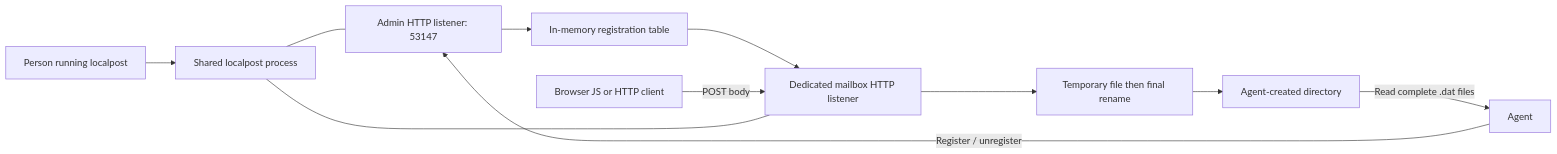
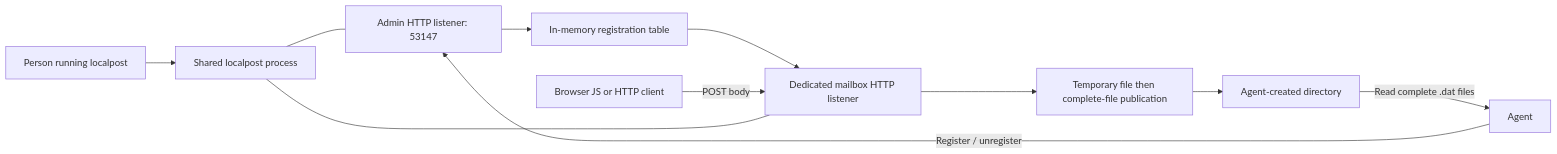
Before and after one commit to SixbucksSolutions/localpost: the diagram in docs/architecture.md, drawn with Mermaid. The commit also changed other lines of this file and 7 other files, not shown here.

````diff
--- a/docs/architecture.md
+++ b/docs/architecture.md
@@ -21,13 +21,13 @@
 ```mermaid
 flowchart LR
     Operator[Person running localpost] --> Process[Shared localpost process]
     Agent[Agent] -->|Register / unregister| Admin[Admin HTTP listener: 53147]
     Admin --> Registry[In-memory registration table]
     Registry --> Mailbox[Dedicated mailbox HTTP listener]
     Sender[Browser JS or HTTP client] -->|POST body| Mailbox
-    Mailbox --> Writer[Temporary file then final rename]
+    Mailbox --> Writer[Temporary file then complete-file publication]
     Writer --> Directory[Agent-created directory]
     Directory -->|Read complete .dat files| Agent
     Process --- Admin
     Process --- Mailbox
 ```
````
